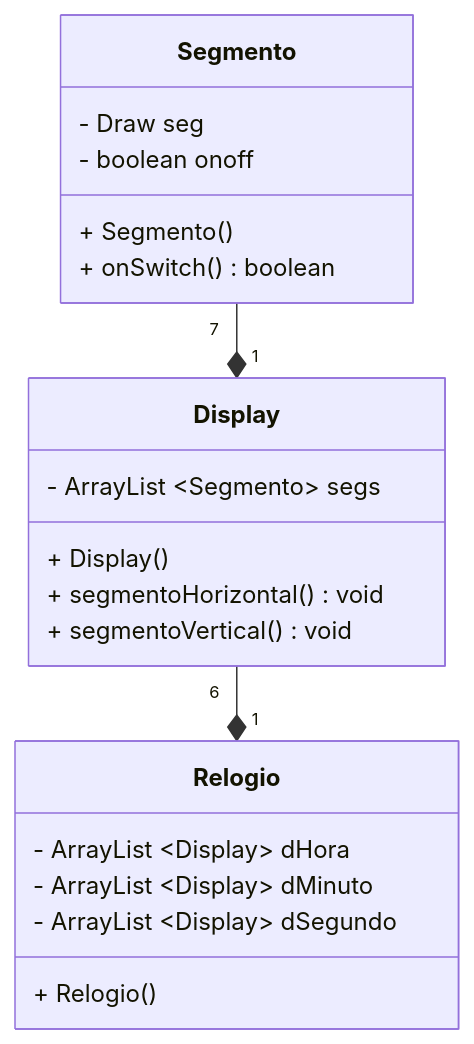
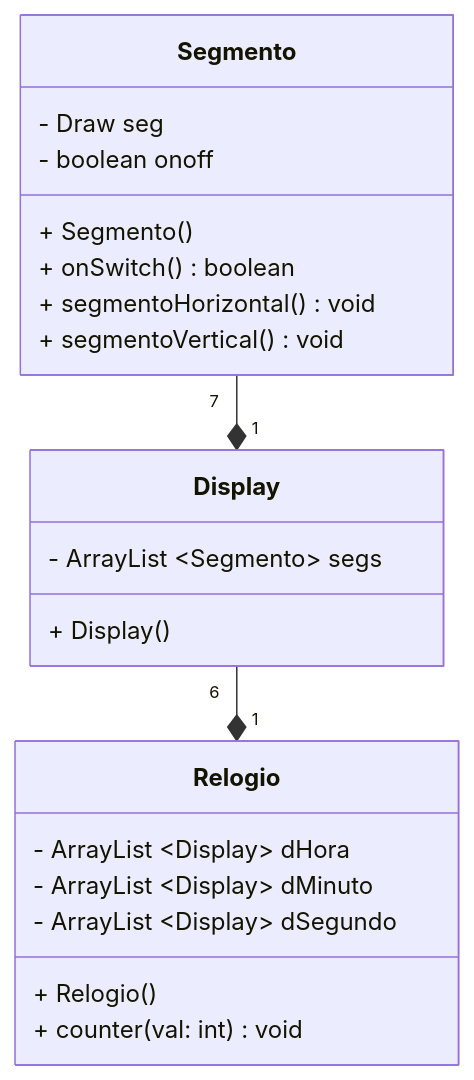
Before and after one commit to Aluno55/POO: the diagram in lab-05/ex1/app/src/main/java/engtelecom/poo/README.md, drawn with Mermaid. The commit also changed 4 other files, not shown here.

````diff
--- a/lab-05/ex1/app/src/main/java/engtelecom/poo/README.md
+++ b/lab-05/ex1/app/src/main/java/engtelecom/poo/README.md
@@ -1,23 +1,24 @@
 ```mermaid
 classDiagram
     class Relogio{
         + Relogio ()
+        + counter (val: int) void 
         - ArrayList ~Display~ dHora
         - ArrayList ~Display~ dMinuto
         - ArrayList ~Display~ dSegundo
     }
     class Display{
         + Display ()
         - ArrayList ~Segmento~ segs
-        + segmentoHorizontal () void
-        + segmentoVertical () void
     }
     class Segmento{
         - Draw seg
         - boolean onoff
         + Segmento ()
         + onSwitch () boolean
+        + segmentoHorizontal () void
+        + segmentoVertical () void
     }
     Display "6"--*"1" Relogio
     Segmento "7"--*"1" Display
 ```
````
